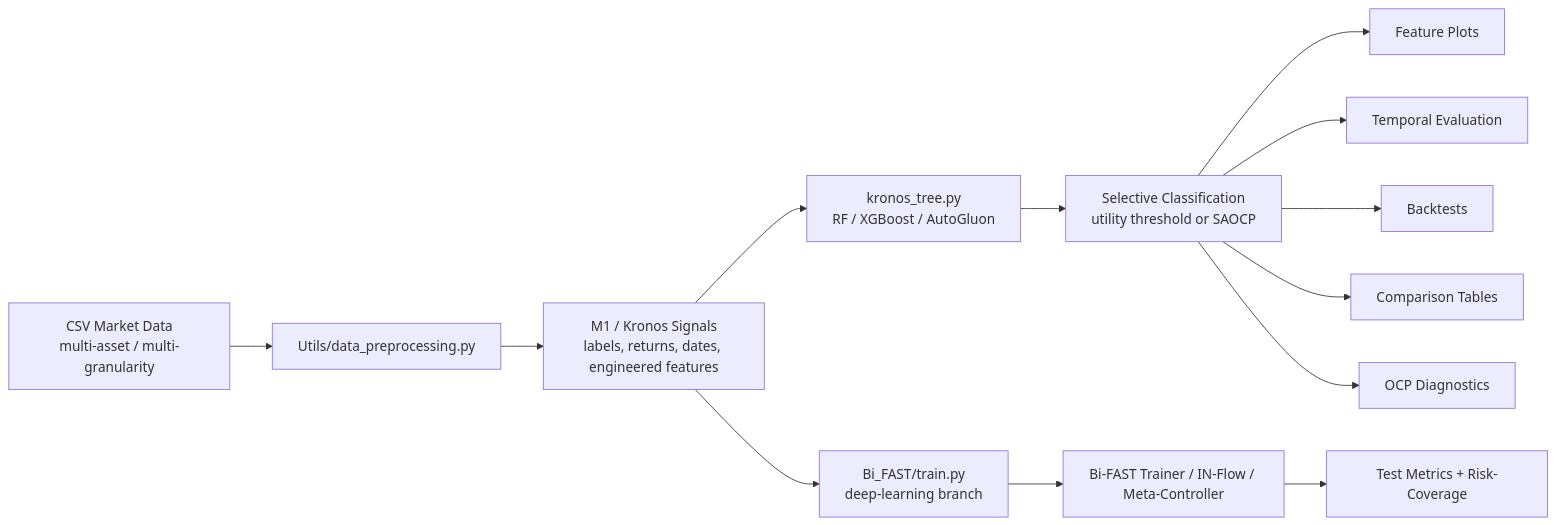
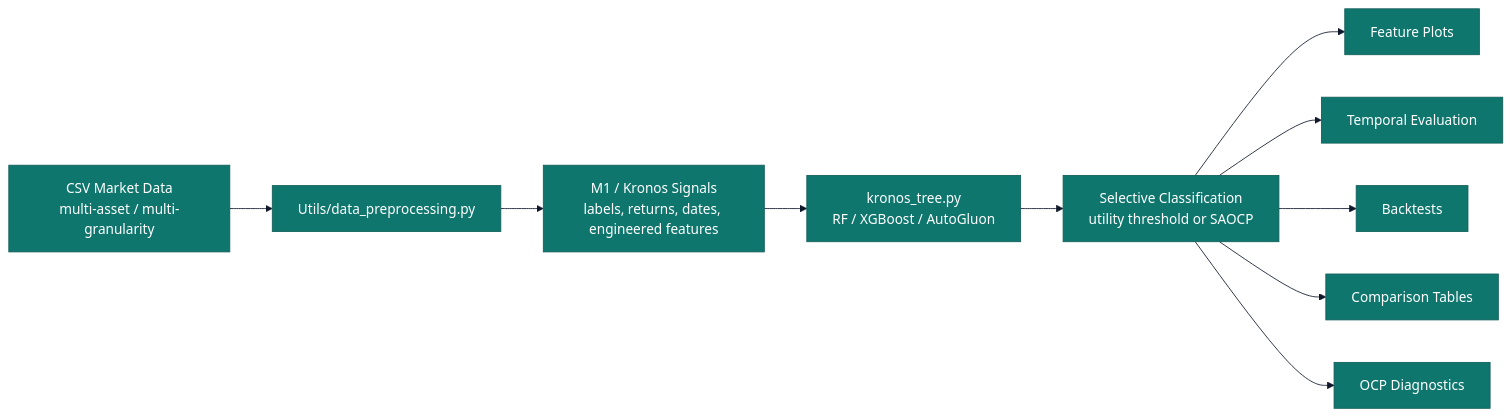
One commit to Pablo-Molla-Charlez/SecondaryModel changed the first of 2 diagrams in src/README.md. Above: the diagram before and after it, drawn with Mermaid. The commit also changed other lines of this file, not shown here.

````diff
--- a/src/README.md
+++ b/src/README.md
@@ -10,16 +17,13 @@
 ```mermaid
+%%{init: {'theme': 'base', 'themeVariables': { 'primaryColor': '#0f766e', 'primaryBorderColor': '#115e59', 'primaryTextColor': '#ffffff', 'secondaryColor': '#f59e0b', 'tertiaryColor': '#dbeafe', 'lineColor': '#0f172a', 'background': '#ffffff'}}}%%
 flowchart LR
     A[CSV Market Data<br/>multi-asset / multi-granularity] --> B[Utils/data_preprocessing.py]
     B --> C[M1 / Kronos Signals<br/>labels, returns, dates, engineered features]
     C --> D[kronos_tree.py<br/>RF / XGBoost / AutoGluon]
     D --> E[Selective Classification<br/>utility threshold or SAOCP]
     E --> F[Feature Plots]
     E --> G[Temporal Evaluation]
     E --> H[Backtests]
     E --> I[Comparison Tables]
     E --> J[OCP Diagnostics]
-
-    C --> K[Bi_FAST/train.py<br/>deep-learning branch]
-    K --> L[Bi-FAST Trainer / IN-Flow / Meta-Controller]
-    L --> M[Test Metrics + Risk-Coverage]
 ```
````
